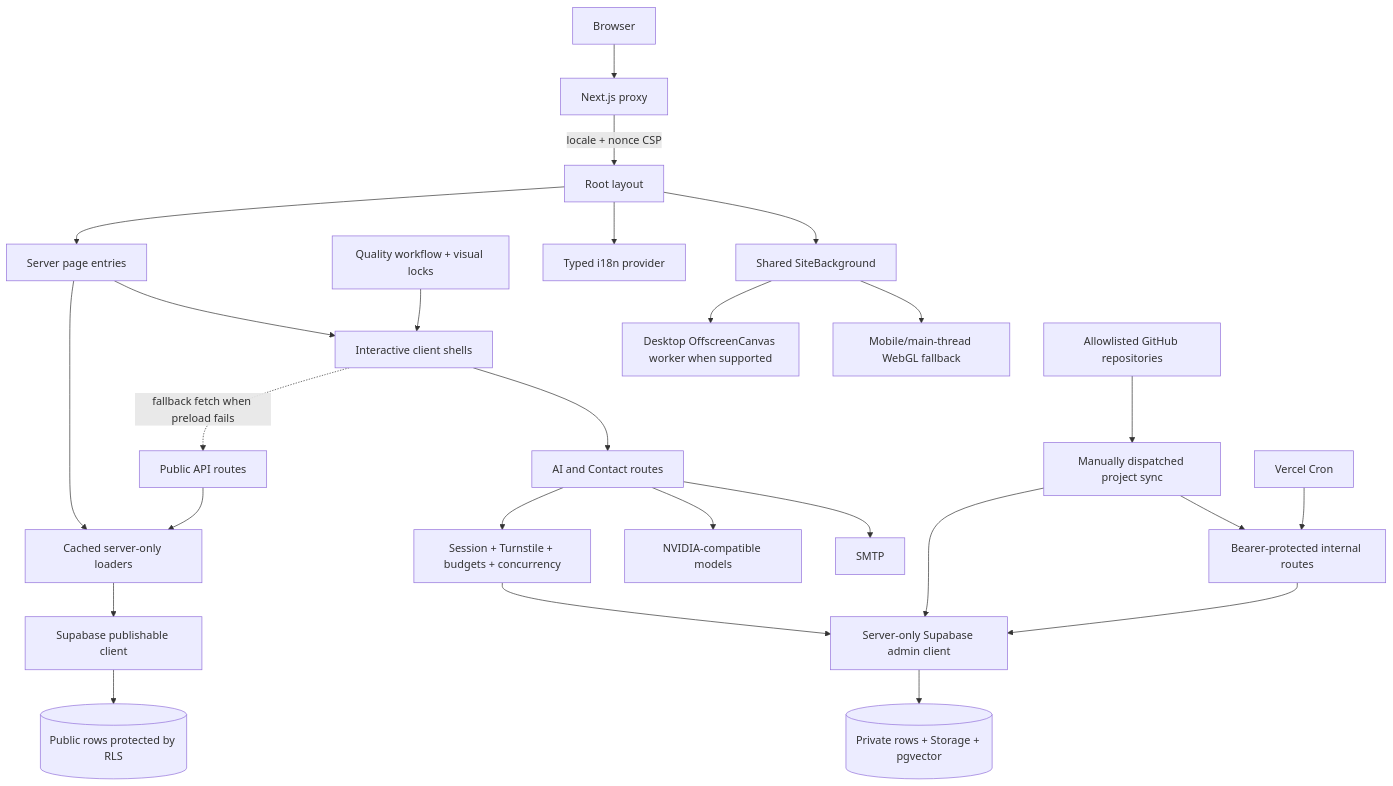
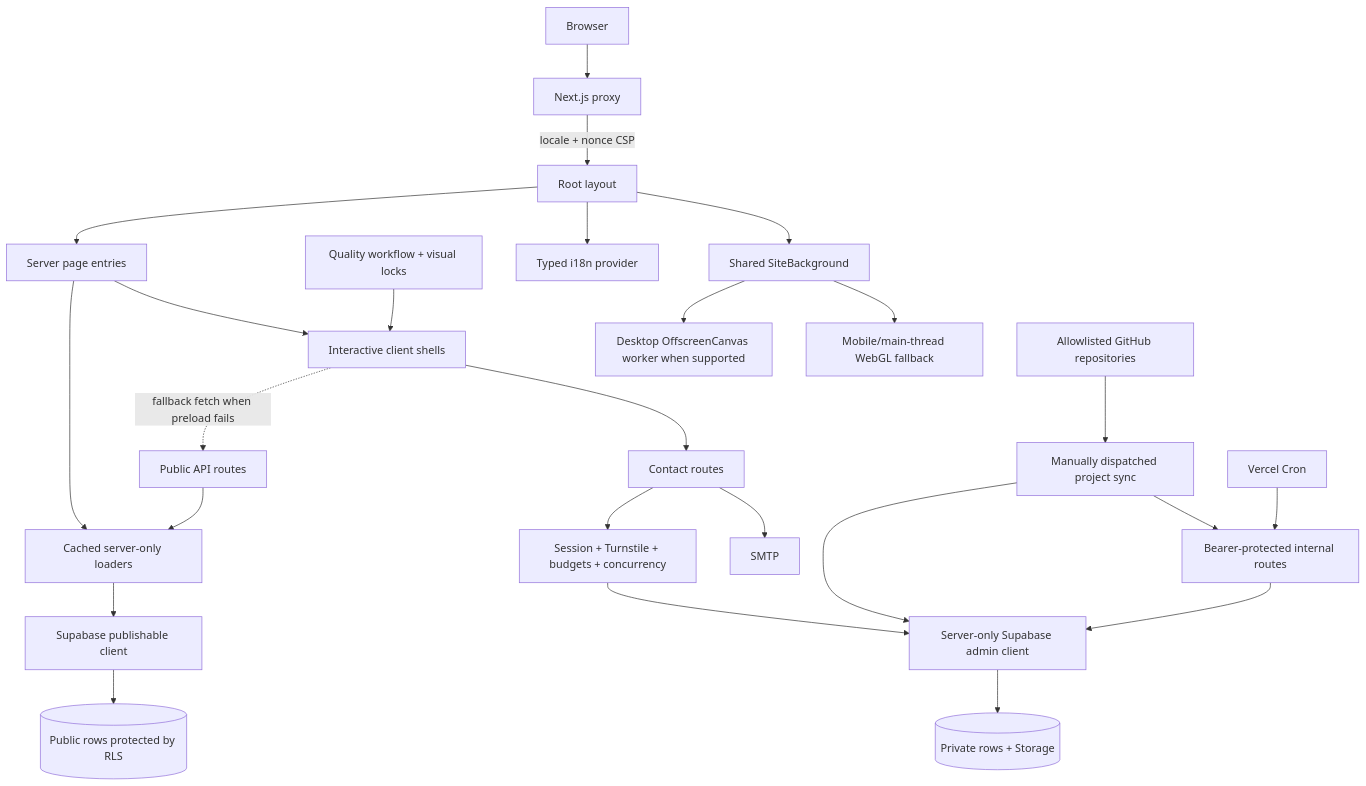
One commit to Mouaz7/portfolio- changed the first of 2 diagrams in docs/architecture.md. Above: the diagram before and after it, drawn with Mermaid. The commit also changed other lines of this file and 116 other files, not shown here.

````diff
--- a/docs/architecture.md
+++ b/docs/architecture.md
@@ -9,32 +9,31 @@
 ```mermaid
 flowchart TD
   Browser[Browser] --> Proxy[Next.js proxy]
   Proxy -->|locale + nonce CSP| Layout[Root layout]
   Layout --> Pages[Server page entries]
   Layout --> Background[Shared SiteBackground]
   Layout --> I18n[Typed i18n provider]
 
   Pages --> Loaders[Cached server-only loaders]
   Loaders --> PublicClient[Supabase publishable client]
   PublicClient --> PublicData[(Public rows protected by RLS)]
   Pages --> Shells[Interactive client shells]
   Shells -. fallback fetch when preload fails .-> PublicRoutes[Public API routes]
   PublicRoutes --> Loaders
 
-  Shells --> ProtectedRoutes[AI and Contact routes]
+  Shells --> ProtectedRoutes[Contact routes]
   ProtectedRoutes --> Protection[Session + Turnstile + budgets + concurrency]
   Protection --> AdminClient[Server-only Supabase admin client]
-  AdminClient --> PrivateData[(Private rows + Storage + pgvector)]
-  ProtectedRoutes --> Models[NVIDIA-compatible models]
+  AdminClient --> PrivateData[(Private rows + Storage)]
   ProtectedRoutes --> Mail[SMTP]
 
   GitHub[Allowlisted GitHub repositories] --> ProjectSync[Manually dispatched project sync]
   ProjectSync --> AdminClient
   ProjectSync --> InternalRoutes[Bearer-protected internal routes]
   VercelCron[Vercel Cron] --> InternalRoutes
   InternalRoutes --> AdminClient
 
   Background --> Worker[Desktop OffscreenCanvas worker when supported]
   Background --> Mobile[Mobile/main-thread WebGL fallback]
   Quality[Quality workflow + visual locks] --> Shells
 ```
````
